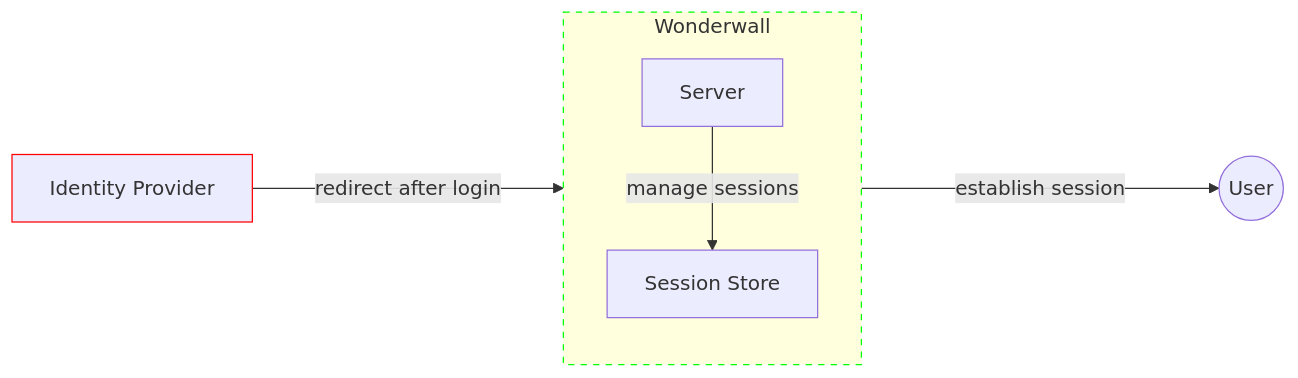
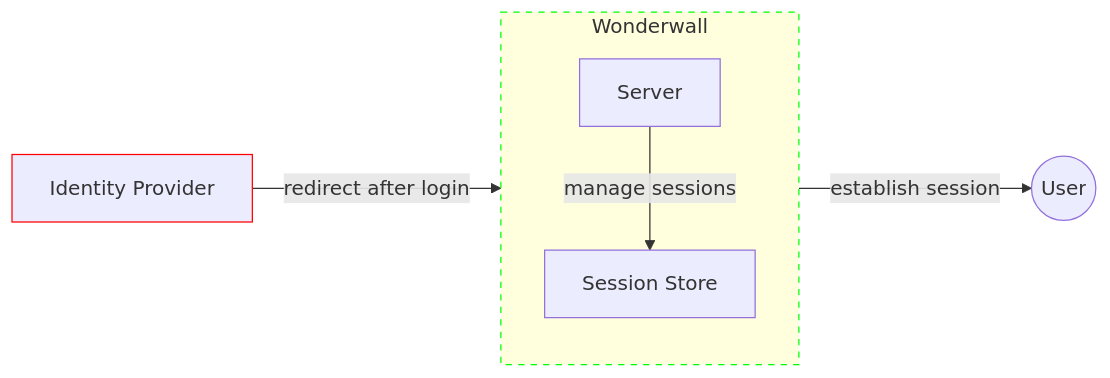
Before and after one commit to nais/doc: the third of 4 diagrams in docs/addons/wonderwall.md, drawn with Mermaid. The commit also changed other lines of this file and 5 other files, not shown here.

````diff
--- a/docs/addons/wonderwall.md
+++ b/docs/addons/wonderwall.md
@@ -50,13 +50,13 @@
 ```mermaid
 graph LR
   style Wonderwall stroke:#0f0,stroke-dasharray: 5
   style IDP stroke:#f00
   
-  IDP[Identity Provider] -- "redirect after login" ---> Wonderwall
+  IDP[Identity Provider] -- "redirect after login" --> Wonderwall
   
   subgraph Wonderwall
     Server -- "manage sessions" --> Store[Session Store]
   end
   
-  Wonderwall -- "establish session" ----> U((User))
+  Wonderwall -- "establish session" --> U((User))
 ```
````
